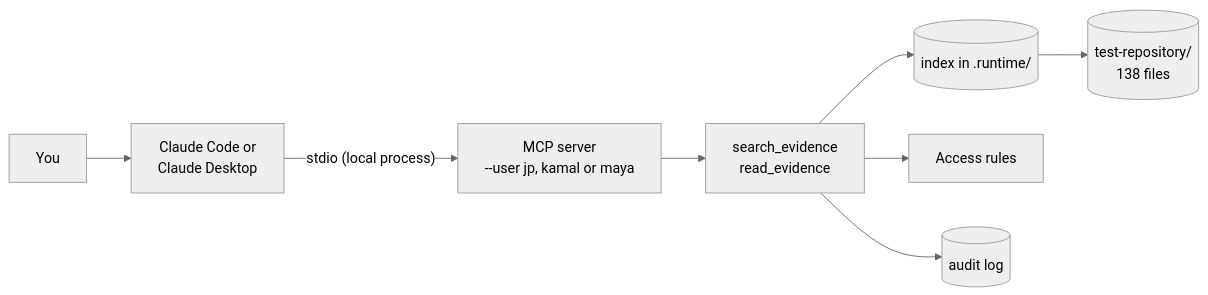
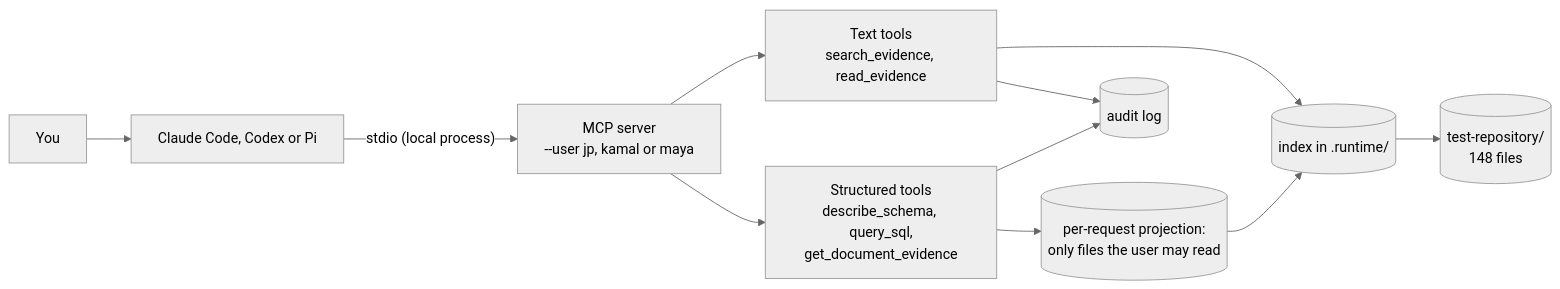
Before and after one commit to Sangrail/test: the diagram in docs/MCP.md, drawn with Mermaid (neutral theme). The commit also changed other lines of this file and 33 other files, not shown here.

````diff
--- a/docs/MCP.md
+++ b/docs/MCP.md
@@ -7,10 +7,13 @@
 ```mermaid
 flowchart LR
-    You[You] --> Client[Claude Code or<br/>Claude Desktop]
+    You[You] --> Client[Claude Code, Codex or Pi]
     Client -- "stdio (local process)" --> MCP[MCP server<br/>--user jp, kamal or maya]
-    MCP --> Search[search_evidence<br/>read_evidence]
-    Search --> Index[(index in .runtime/)]
-    Search --> Access[Access rules]
-    Search --> Audit[(audit log)]
-    Index --> Repo[(test-repository/<br/>138 files)]
+    MCP --> Text[Text tools<br/>search_evidence, read_evidence]
+    MCP --> SQL[Structured tools<br/>describe_schema, query_sql,<br/>get_document_evidence]
+    Text --> Index[(index in .runtime/)]
+    SQL --> Projection[(per-request projection:<br/>only files the user may read)]
+    Projection --> Index
+    Text --> Audit[(audit log)]
+    SQL --> Audit
+    Index --> Repo[(test-repository/<br/>148 files)]
 ```
````
